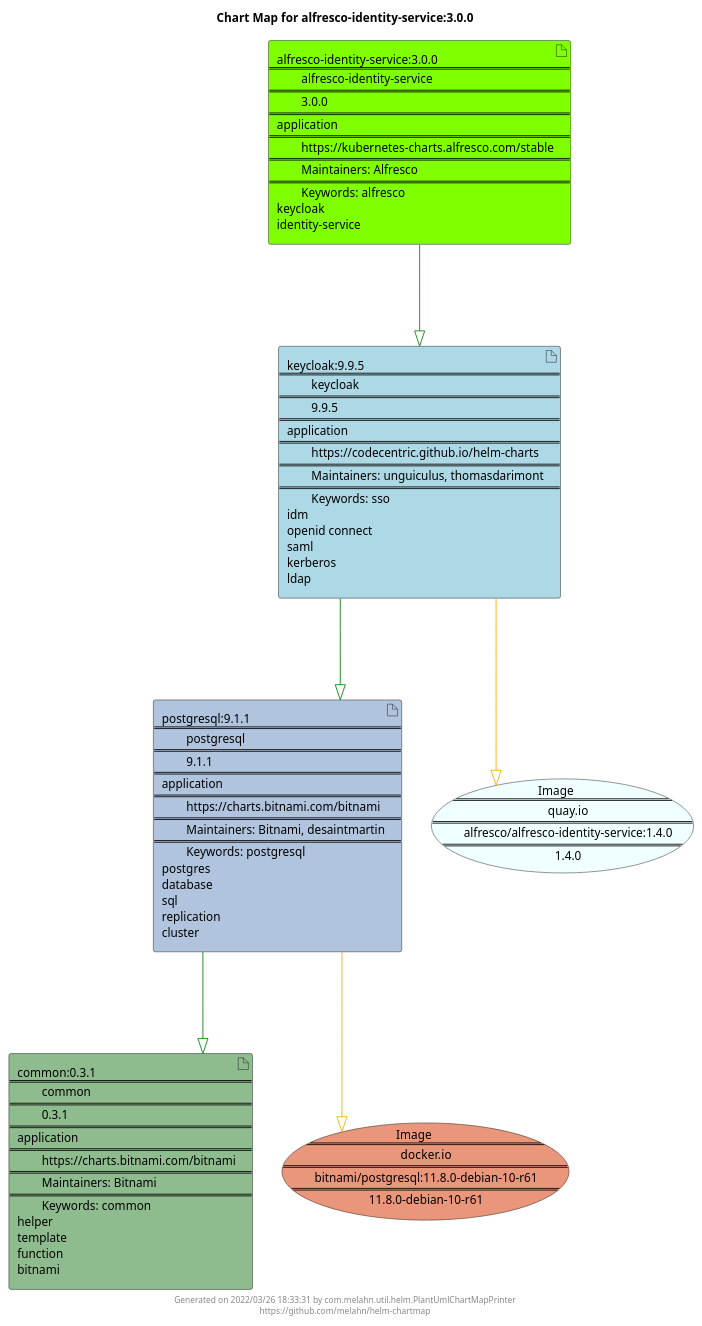
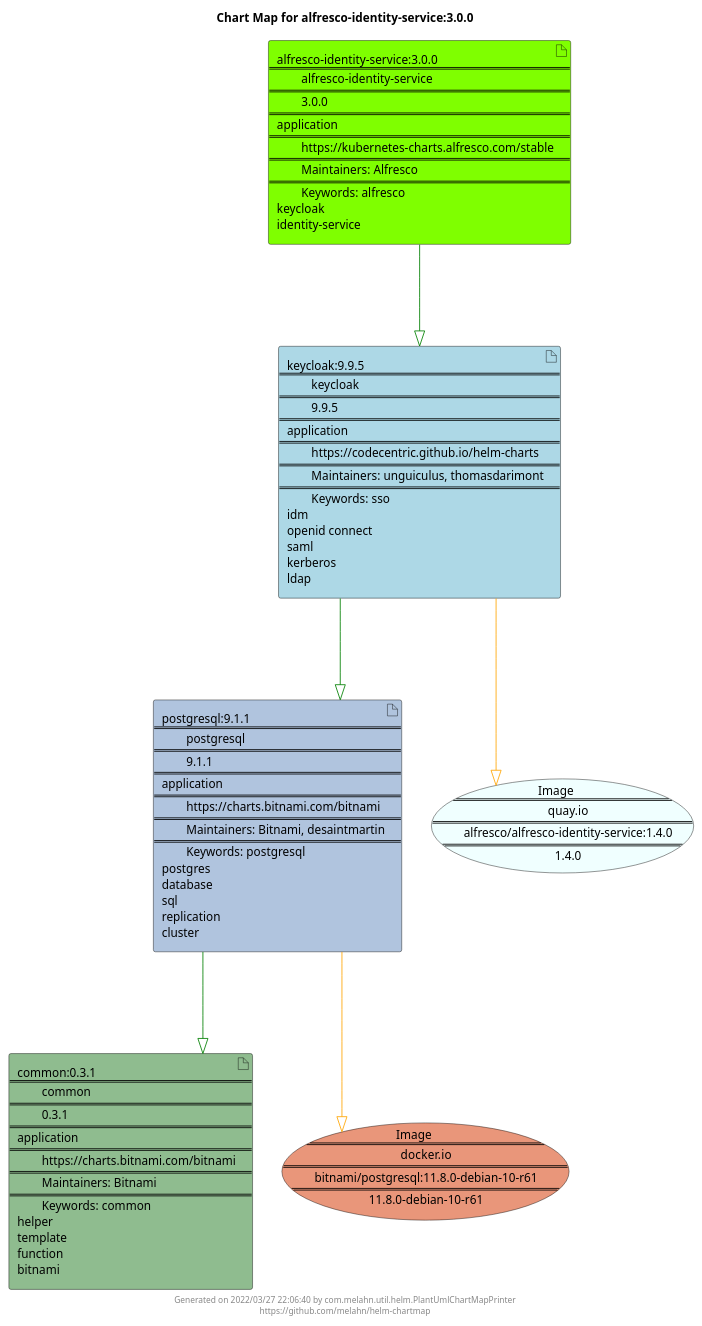
One commit to melahn/helm-chartmap changed the diagram in docs/alfresco-identity-service/alfresco-identity-service-3.0.0.puml. Above: the diagram before and after it, drawn with PlantUML. The commit also changed 55 other files, not shown here.

Commit message:
Update Example Chart Maps as part of GitHub build

```diff
--- a/docs/alfresco-identity-service/alfresco-identity-service-3.0.0.puml
+++ b/docs/alfresco-identity-service/alfresco-identity-service-3.0.0.puml
@@ -1,29 +1,29 @@
 @startuml
 skinparam linetype ortho
 skinparam backgroundColor white
 skinparam usecaseBorderColor black
 skinparam usecaseArrowColor LightSlateGray
 skinparam artifactBorderColor black
 skinparam artifactArrowColor LightSlateGray
 
 title Chart Map for alfresco-identity-service:3.0.0
 
 'There are 4 referenced Helm Charts
 artifact "postgresql:9.1.1\n====\n\tpostgresql\n====\n\t9.1.1\n====\napplication\n====\n\thttps://charts.bitnami.com/bitnami\n====\n\tMaintainers: Bitnami, desaintmartin\n====\n\tKeywords: postgresql\npostgres\ndatabase\nsql\nreplication\ncluster" as postgresql_9_1_1 #LightSteelBlue
 artifact "alfresco-identity-service:3.0.0\n====\n\talfresco-identity-service\n====\n\t3.0.0\n====\napplication\n====\n\thttps://kubernetes-charts.alfresco.com/stable\n====\n\tMaintainers: Alfresco\n====\n\tKeywords: alfresco\nkeycloak\nidentity-service" as alfresco_identity_service_3_0_0 #Chartreuse
 artifact "keycloak:9.9.5\n====\n\tkeycloak\n====\n\t9.9.5\n====\napplication\n====\n\thttps://codecentric.github.io/helm-charts\n====\n\tMaintainers: unguiculus, thomasdarimont\n====\n\tKeywords: sso\nidm\nopenid connect\nsaml\nkerberos\nldap" as keycloak_9_9_5 #LightBlue
 artifact "common:0.3.1\n====\n\tcommon\n====\n\t0.3.1\n====\napplication\n====\n\thttps://charts.bitnami.com/bitnami\n====\n\tMaintainers: Bitnami\n====\n\tKeywords: common\nhelper\ntemplate\nfunction\nbitnami" as common_0_3_1 #DarkSeaGreen
 
 'There are 2 referenced Docker Images
 usecase "Image\n====\n\tdocker.io\n====\n\tbitnami/postgresql:11.8.0-debian-10-r61\n====\n\t11.8.0-debian-10-r61" as docker_io_bitnami_postgresql_11_8_0_debian_10_r61 #DarkSalmon
 usecase "Image\n====\n\tquay.io\n====\n\talfresco/alfresco-identity-service:1.4.0\n====\n\t1.4.0" as quay_io_alfresco_alfresco_identity_service_1_4_0 #Azure
 
 'Chart Dependencies
 alfresco_identity_service_3_0_0--[#green]-|>keycloak_9_9_5
 keycloak_9_9_5--[#green]-|>postgresql_9_1_1
 postgresql_9_1_1--[#green]-|>common_0_3_1
 postgresql_9_1_1--[#orange]-|>docker_io_bitnami_postgresql_11_8_0_debian_10_r61
 keycloak_9_9_5--[#orange]-|>quay_io_alfresco_alfresco_identity_service_1_4_0
 
-center footer Generated on 2022/03/26 18:33:31 by com.melahn.util.helm.PlantUmlChartMapPrinter\nhttps://github.com/melahn/helm-chartmap
+center footer Generated on 2022/03/27 22:06:40 by com.melahn.util.helm.PlantUmlChartMapPrinter\nhttps://github.com/melahn/helm-chartmap
 @enduml
```
